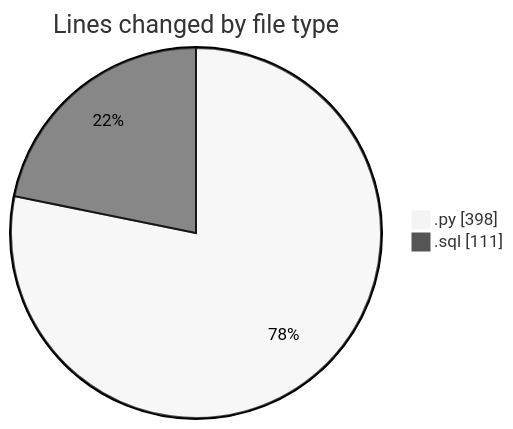
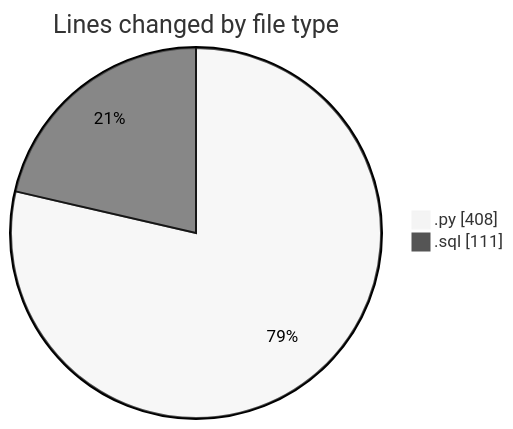
The first of 2 diagrams in 2025-04-22/synth_911data_gen/README.md (trdunsworth/code-tracking), drawn with Mermaid (neutral theme) before and after one commit. The commit also changed other lines of this file and 1 other file, not shown here.

````diff
--- a/2025-04-22/synth_911data_gen/README.md
+++ b/2025-04-22/synth_911data_gen/README.md
@@ -21,6 +21,6 @@
 ```mermaid
 pie showData
 title Lines changed by file type
-".py" : 398
+".py" : 408
 ".sql" : 111
 ```
````
